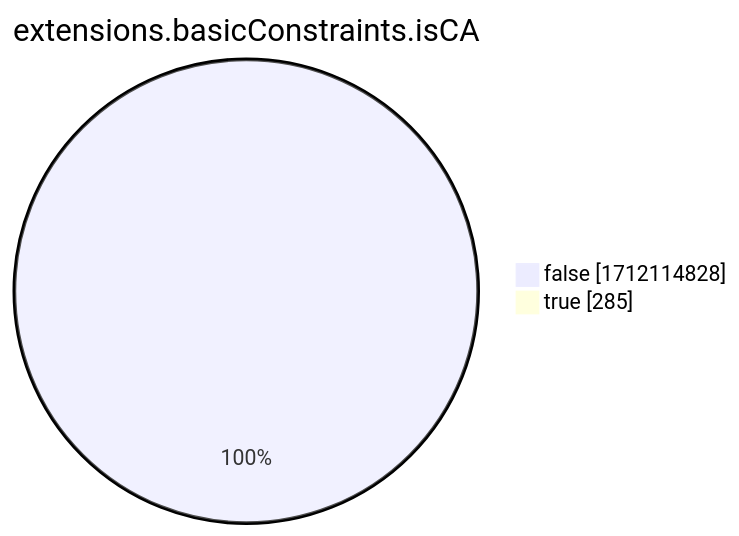
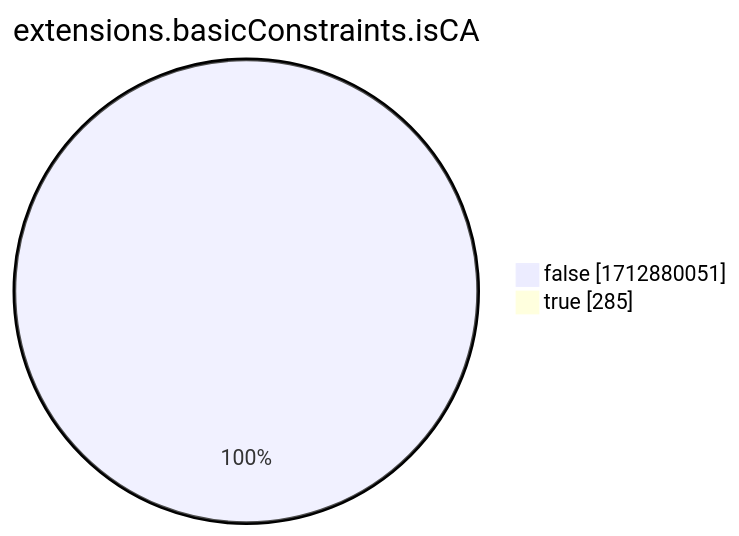
One commit to christiankrug/ctmonitor_visualization changed the eighth of 15 diagrams in xenon2022/README.md. Above: the diagram before and after it, drawn with Mermaid. The commit also changed other lines of this file, not shown here.

````diff
--- a/xenon2022/README.md
+++ b/xenon2022/README.md
@@ -2866,6 +2866,6 @@
 ```mermaid
 pie showData
 title extensions.basicConstraints.isCA
-"false" :1712114828
+"false" :1712880051
 "true" :285
 ```
````
